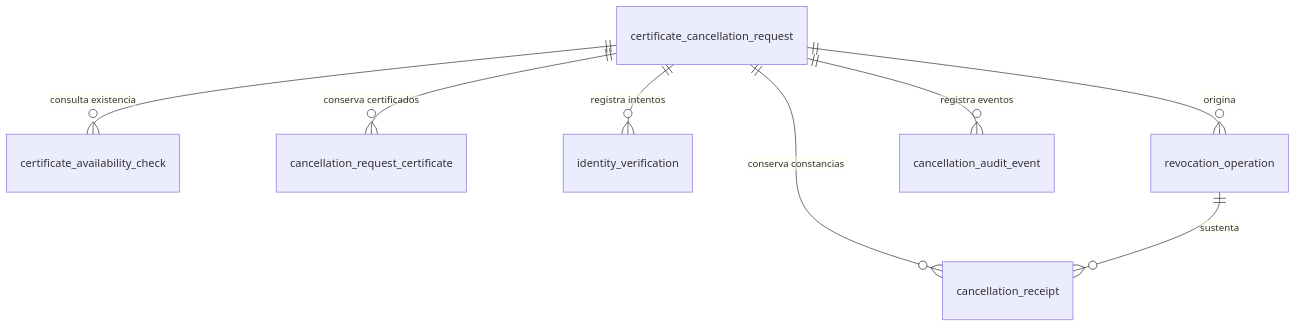
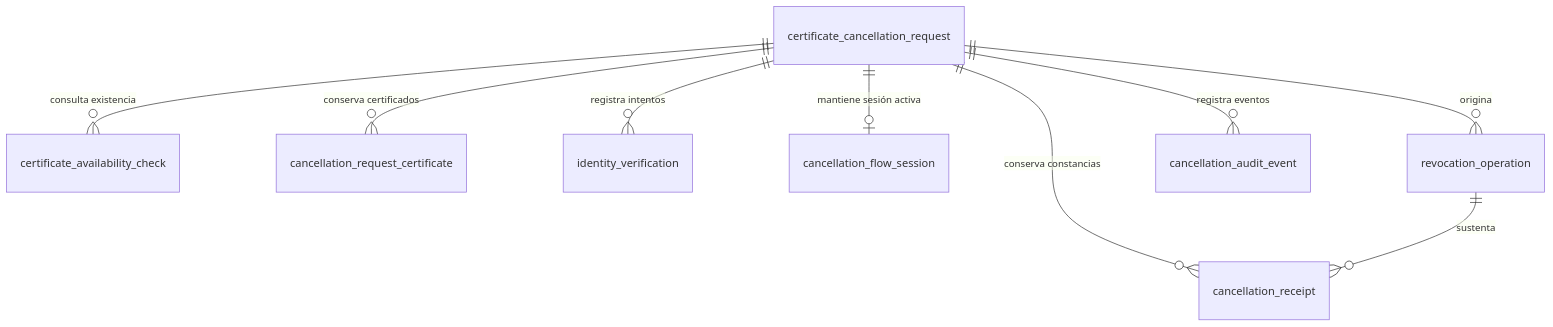
One commit to deyvisml/temp-reniec changed the diagram in docs/data-model/README.md. Above: the diagram before and after it, drawn with Mermaid. The commit also changed other lines of this file and 122 other files, not shown here.

````diff
--- a/docs/data-model/README.md
+++ b/docs/data-model/README.md
@@ -9,10 +9,11 @@
 ```mermaid
 erDiagram
     certificate_cancellation_request ||--o{ certificate_availability_check : "consulta existencia"
     certificate_cancellation_request ||--o{ cancellation_request_certificate : "conserva certificados"
     certificate_cancellation_request ||--o{ identity_verification : "registra intentos"
+    certificate_cancellation_request ||--o| cancellation_flow_session : "mantiene sesión activa"
     certificate_cancellation_request ||--o{ revocation_operation : "origina"
     certificate_cancellation_request ||--o{ cancellation_receipt : "conserva constancias"
     revocation_operation ||--o{ cancellation_receipt : "sustenta"
     certificate_cancellation_request ||--o{ cancellation_audit_event : "registra eventos"
 ```
````
